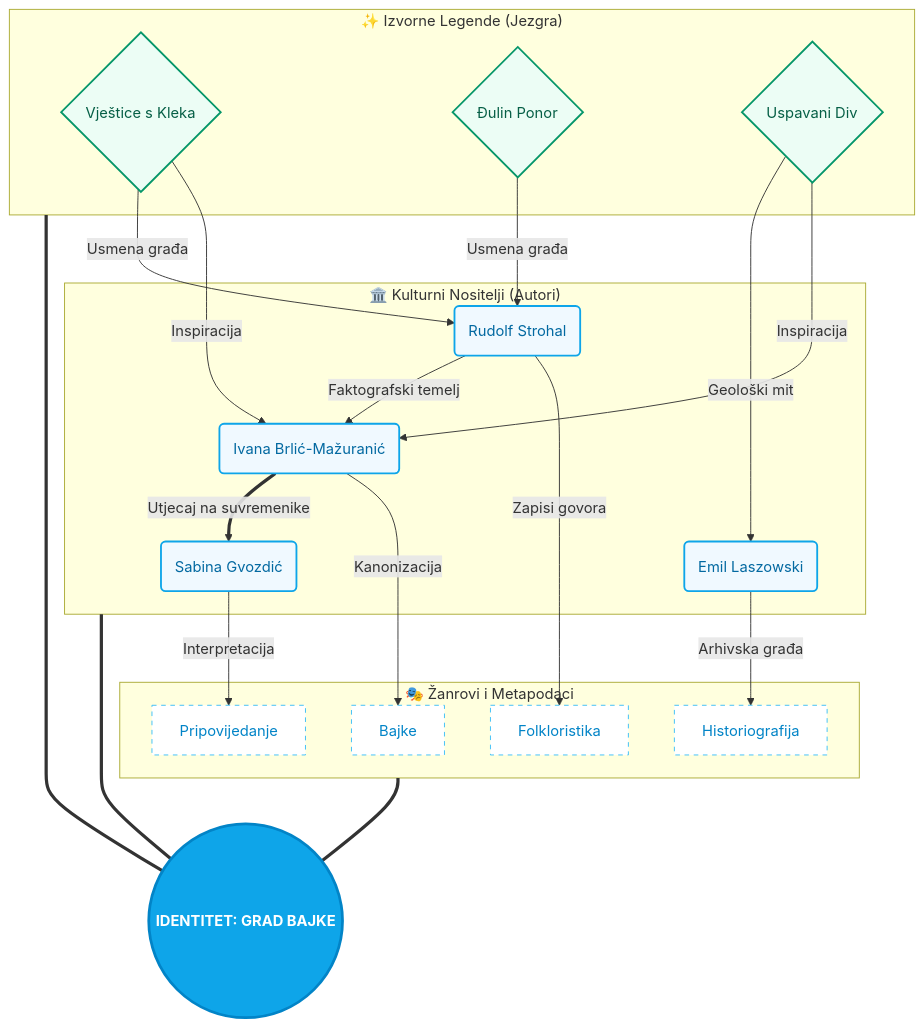
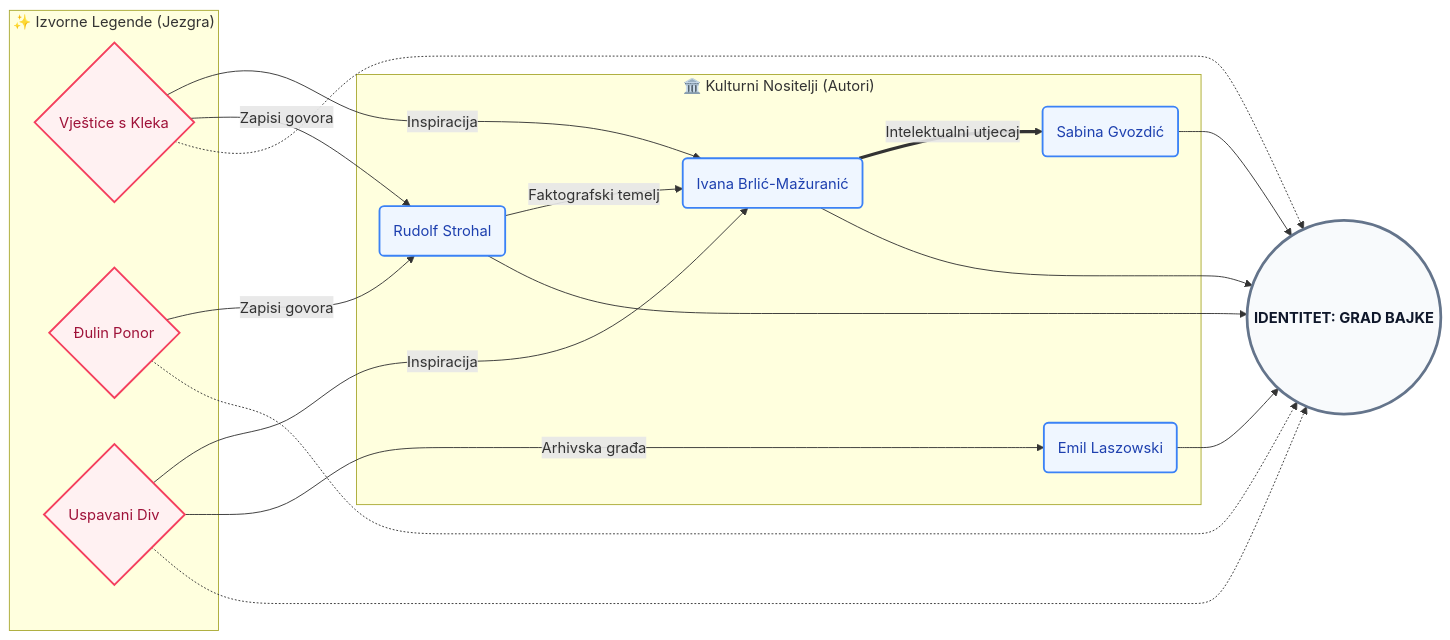
One commit to izabelabalon22-ship-it/Mre-a-veza-ogulinskih-autora changed the diagram in report/report_1.md. Above: the diagram before and after it, drawn with Mermaid. The commit also changed other lines of this file, not shown here.

Commit message:
fix(report): Improve legend color in data architecture diagram
Updated the color coding in the data architecture diagram to use a more harmonious palette, specifically changing the legend color from green to light pink. This enhances visual clarity and aesthetic appeal.

````diff
--- a/report/report_1.md
+++ b/report/report_1.md
@@ -36,48 +36,35 @@
 ```mermaid
-graph TD
-    %% Definiranje čvorova s emotikonima za vizualni identitet
+graph LR
+    %% Definiranje čvorova sa simbolima
     subgraph S1 ["🏛️ Kulturni Nositelji (Autori)"]
         IBM(Ivana Brlić-Mažuranić):::blueNode
         HIS(Emil Laszowski):::blueNode
         STR(Rudolf Strohal):::blueNode
         SUV(Sabina Gvozdić):::blueNode
     end
 
-    subgraph S2 ["🎭 Žanrovi i Metapodaci"]
-        G1[Bajke]:::metaNode
-        G2[Historiografija]:::metaNode
-        G3[Folkloristika]:::metaNode
-        G4[Pripovijedanje]:::metaNode
+    subgraph S2 ["✨ Izvorne Legende (Jezgra)"]
+        L1{Vještice s Kleka}:::pinkNode
+        L2{Đulin Ponor}:::pinkNode
+        L3{Uspavani Div}:::pinkNode
     end
 
-    subgraph S3 ["✨ Izvorne Legende (Jezgra)"]
-        L1{Vještice s Kleka}:::greenNode
-        L2{Đulin Ponor}:::greenNode
-        L3{Uspavani Div}:::greenNode
-    end
-
-    %% Relacije i tokovi utjecaja
-    IBM -- "Kanonizacija" --> G1
-    HIS -- "Arhivska građa" --> G2
-    STR -- "Zapisi govora" --> G3
-    SUV -- "Interpretacija" --> G4
-
+    %% Relacije i tokovi utjecaja (optimizirano za LR prikaz)
     L1 & L3 -- "Inspiracija" --> IBM
-    L3 -- "Geološki mit" --> HIS
-    L1 & L2 -- "Usmena građa" --> STR
+    L3 -- "Arhivska građa" --> HIS
+    L1 & L2 -- "Zapisi govora" --> STR
     
-    %% Intelektualni mostovi
-    IBM == "Utjecaj na suvremenike" ==> SUV
     STR -- "Faktografski temelj" --> IBM
+    IBM == "Intelektualni utjecaj" ==> SUV
     
     %% Konačni identitetski izlaz
     IDB((IDENTITET: GRAD BAJKE)):::idNode
     
-    S1 & S2 & S3 === IDB
+    IBM & HIS & STR & SUV --> IDB
+    L1 & L2 & L3 -.-> IDB
 
-    %% Napredno stiliziranje (Svijetlo plavi i smaragdni tonovi)
-    classDef blueNode fill:#f0f9ff,stroke:#0ea5e9,stroke-width:2px,color:#0369a1;
-    classDef metaNode fill:#ffffff,stroke:#38bdf8,stroke-width:1px,stroke-dasharray: 5 5,color:#0284c7;
-    classDef greenNode fill:#ecfdf5,stroke:#059669,stroke-width:2px,color:#065f46;
-    classDef idNode fill:#0ea5e9,stroke:#0284c7,stroke-width:3px,color:#fff,font-weight:bold;
+    %% Stilovi (Svijetlo plava i Svijetlo roza)
+    classDef blueNode fill:#eff6ff,stroke:#3b82f6,stroke-width:2px,color:#1e40af;
+    classDef pinkNode fill:#fff1f2,stroke:#f43f5e,stroke-width:2px,color:#9f1239;
+    classDef idNode fill:#f8fafc,stroke:#64748b,stroke-width:3px,color:#0f172a,font-weight:bold;
 ```
````
